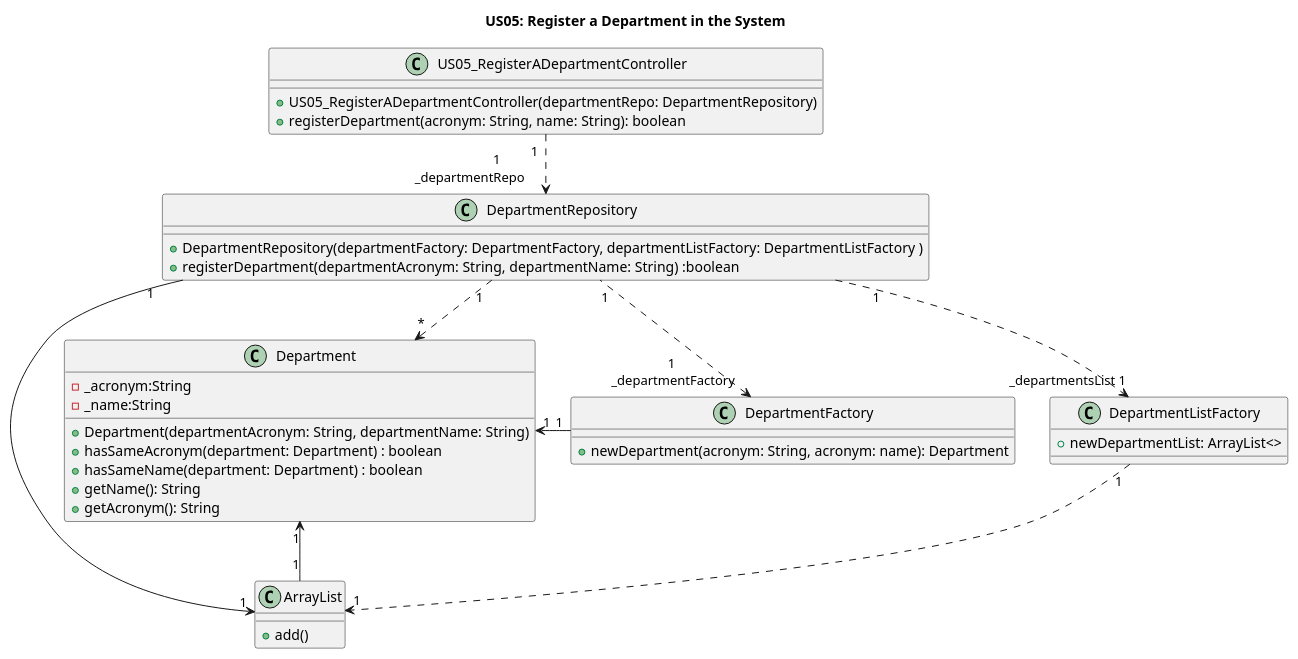
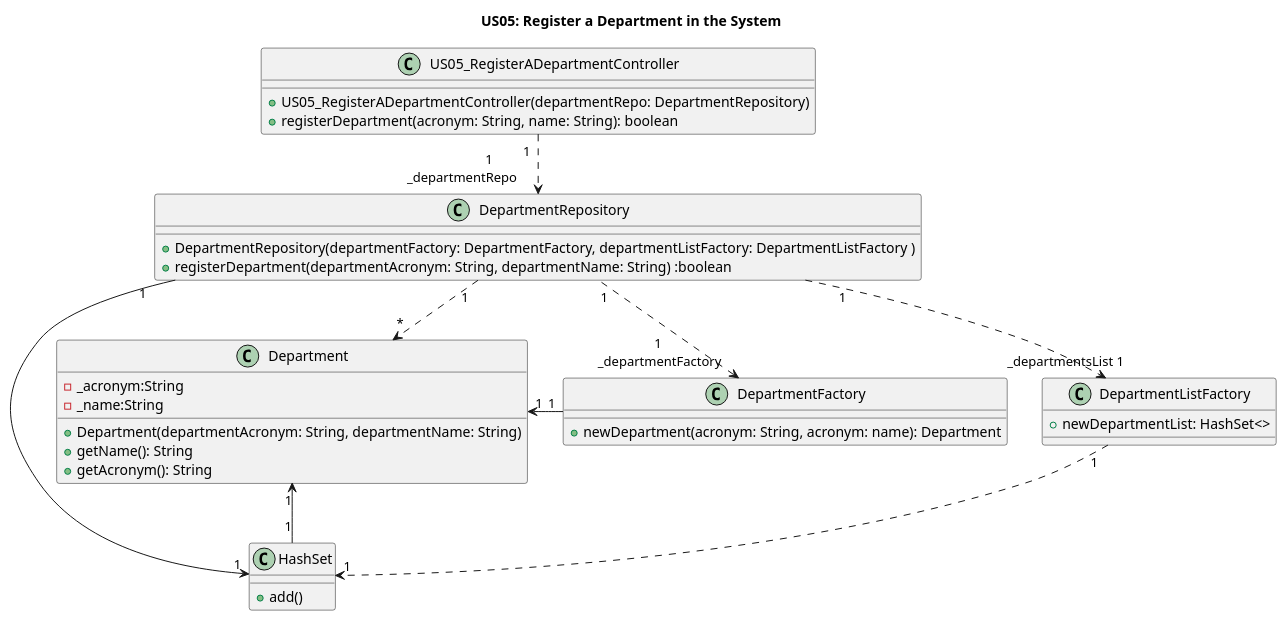
One commit to GasparISEP/DevOps-PAI changed the diagram in docs/US05/US05_DepartmentRegistryClassDiagram.puml. Above: the diagram before and after it, drawn with PlantUML. The commit also changed 1 other file, not shown here.

Commit message:
Correct typo in registerDepartment method and change US05 class diagram: ArrayList to HashSet

```diff
--- a/docs/US05/US05_DepartmentRegistryClassDiagram.puml
+++ b/docs/US05/US05_DepartmentRegistryClassDiagram.puml
@@ -1,45 +1,43 @@
 @startuml
 title US05: Register a Department in the System
 'left to right direction'
 
 class US05_RegisterADepartmentController {
     +US05_RegisterADepartmentController(departmentRepo: DepartmentRepository)
     +registerDepartment(acronym: String, name: String): boolean
 }
 
 class Department {
     -_acronym:String
     -_name:String
     +Department(departmentAcronym: String, departmentName: String)
-    +hasSameAcronym(department: Department) : boolean
-    +hasSameName(department: Department) : boolean
     +getName(): String
     +getAcronym(): String
 }
 
 class DepartmentRepository {
     +DepartmentRepository(departmentFactory: DepartmentFactory, departmentListFactory: DepartmentListFactory )
     +registerDepartment(departmentAcronym: String, departmentName: String) :boolean
 }
 
 class DepartmentFactory {
     +newDepartment(acronym: String, acronym: name): Department
 }
 
 class DepartmentListFactory {
-    +newDepartmentList: ArrayList<>
+    +newDepartmentList: HashSet<>
 }
 
-class ArrayList {
+class HashSet {
     +add()
 }
 
 DepartmentRepository "1" ..> "*" Department
-DepartmentRepository "1" -> "1" ArrayList
-Department "1" <- "1" ArrayList
+DepartmentRepository "1" -> "1" HashSet
+Department "1" <- "1" HashSet
 DepartmentRepository "1" ..> "_departmentsList 1" DepartmentListFactory
-DepartmentListFactory "1" ..> "1" ArrayList
+DepartmentListFactory "1" ..> "1" HashSet
 US05_RegisterADepartmentController "1  " ..> "            1\n_departmentRepo    " DepartmentRepository
 Department "1" <- "1" DepartmentFactory
 DepartmentFactory "1\n _departmentFactory" <.. "1" DepartmentRepository
 @enduml
```
